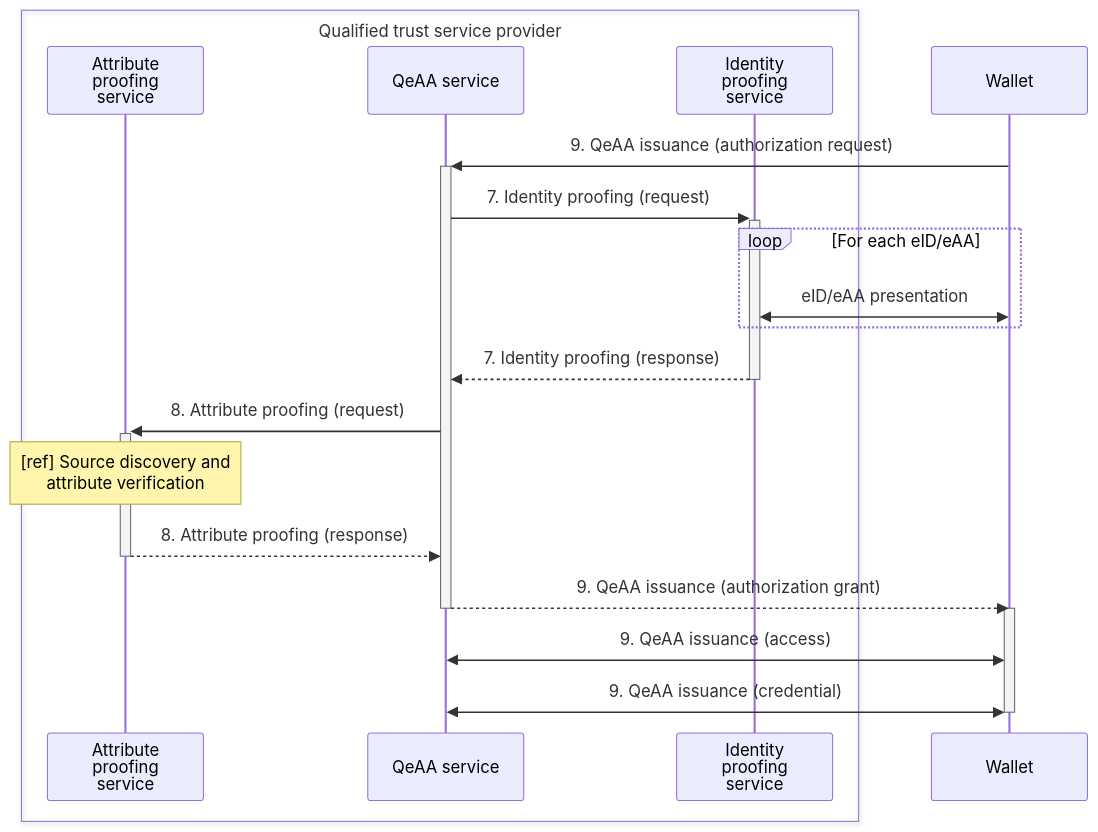
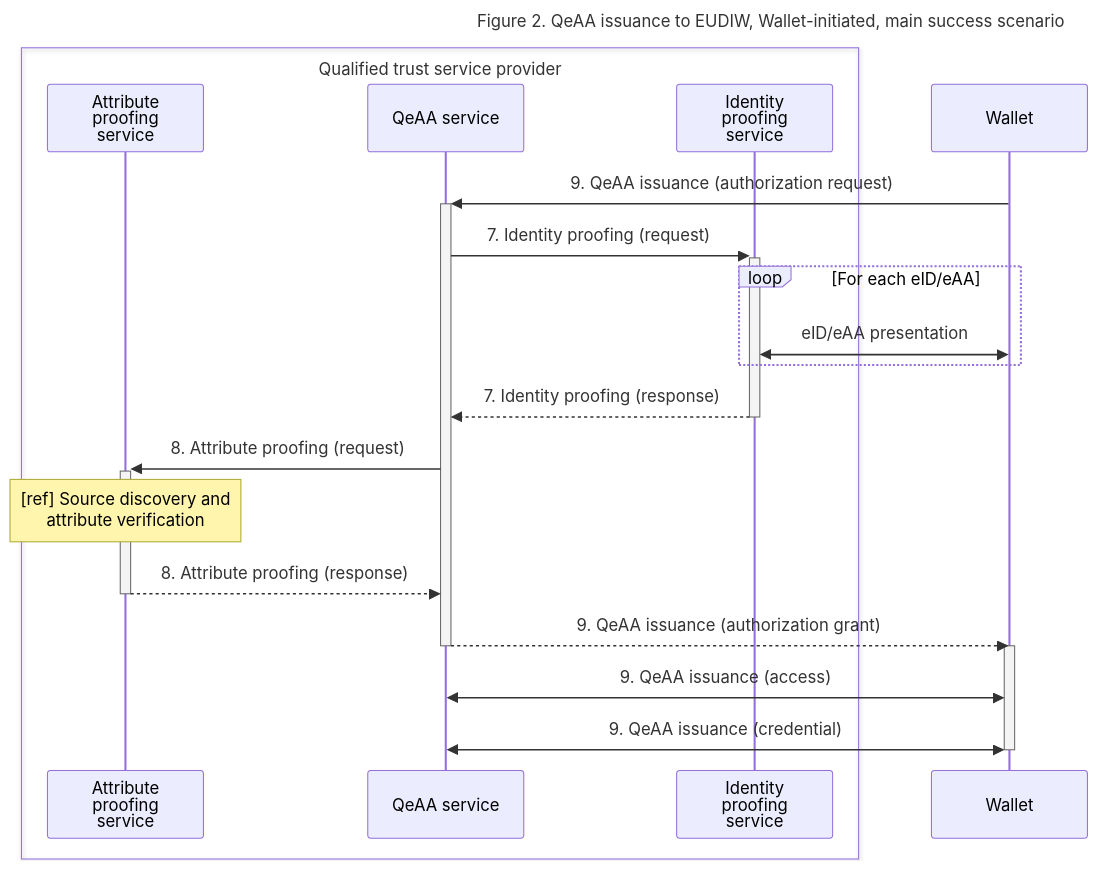
Before and after one commit to webuild-consortium/wp4-qtsp-group: the second of 4 diagrams in docs/qeaa/architecture.md, drawn with Mermaid. The commit also changed other lines of this file, not shown here.

````diff
--- a/docs/qeaa/architecture.md
+++ b/docs/qeaa/architecture.md
@@ -130,22 +133,25 @@
 ```mermaid
+---
+title: Figure 2. QeAA issuance to EUDIW, Wallet-initiated, main success scenario
+---
 sequenceDiagram
 box Qualified trust service provider
     participant APS as Attribute<br>proofing<br>service
     participant EAAS as QeAA service
     participant IPS as Identity<br>proofing<br>service
 end
 participant Wallet
 Wallet ->>+ EAAS : 9. QeAA issuance (authorization request)
 EAAS ->>+ IPS : 7. Identity proofing (request)
 loop For each eID/eAA
     IPS <<->> Wallet : eID/eAA presentation
 end
 IPS -->>- EAAS : 7. Identity proofing (response)
 EAAS ->>+ APS : 8. Attribute proofing (request)
 note over APS : [ref] Source discovery and<br>attribute verification
 APS -->>- EAAS : 8. Attribute proofing (response)
 EAAS -->>- Wallet : 9. QeAA issuance (authorization grant)
 activate Wallet
 Wallet <<->> EAAS : 9. QeAA issuance (access)
 Wallet <<->>- EAAS : 9. QeAA issuance (credential)
 ```
````
